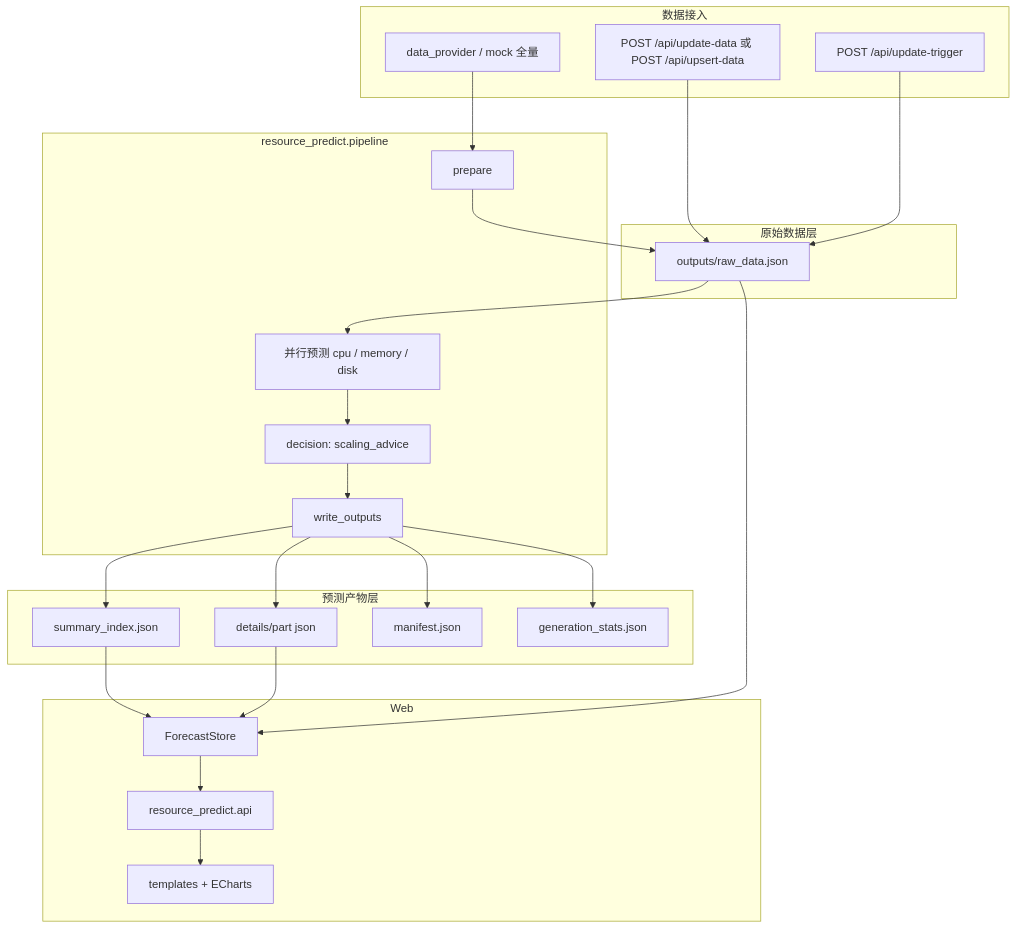
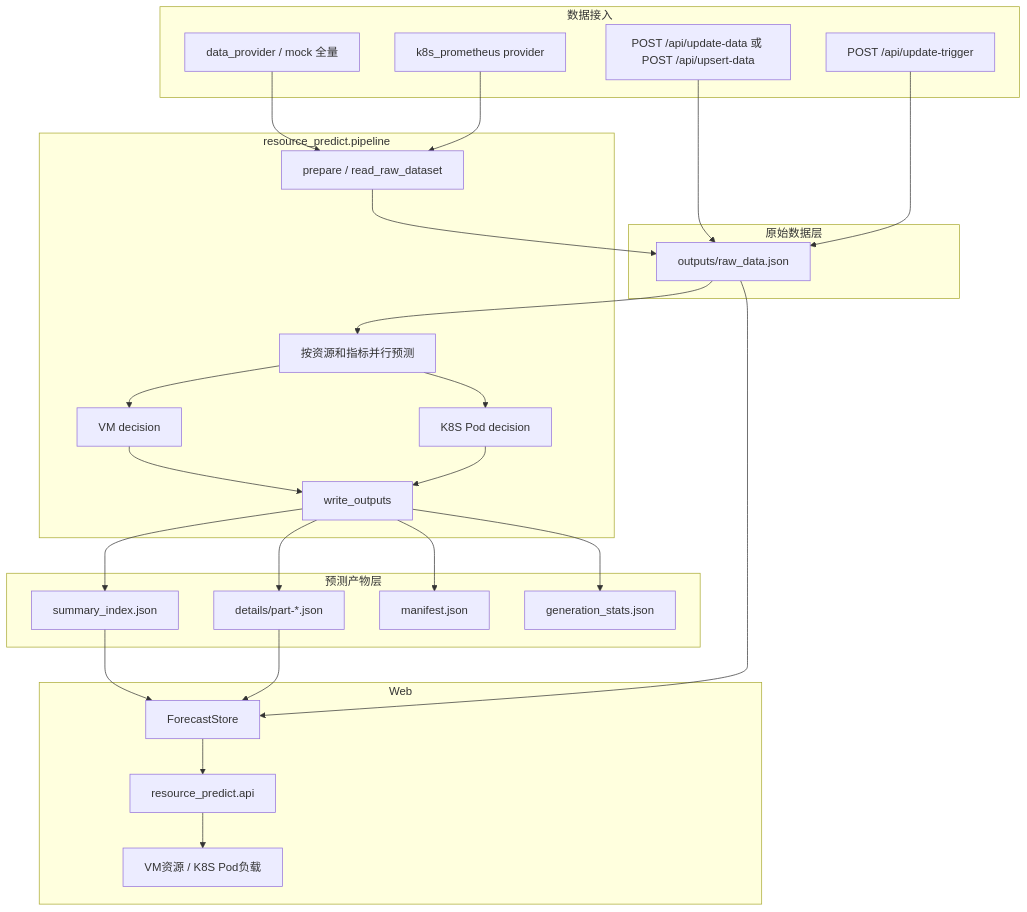
The first of 7 diagrams in README.md (zorocui/resource_predict), drawn with Mermaid before and after one commit. The commit also changed other lines of this file and 29 other files, not shown here.

````diff
--- a/README.md
+++ b/README.md
@@ -103,49 +144,54 @@
 ```mermaid
 flowchart TB
     subgraph ingest [数据接入]
         DP["data_provider / mock 全量"]
+        K8S["k8s_prometheus provider"]
         Push["POST /api/update-data 或 POST /api/upsert-data"]
         Pull["POST /api/update-trigger"]
     end
 
     subgraph store_raw [原始数据层]
         Raw["outputs/raw_data.json"]
     end
 
     subgraph pipeline [resource_predict.pipeline]
-        Prep["prepare"]
-        Pred["并行预测 cpu / memory / disk"]
-        Dec["decision: scaling_advice"]
+        Prep["prepare / read_raw_dataset"]
+        Pred["按资源和指标并行预测"]
+        DecVM["VM decision"]
+        DecPod["K8S Pod decision"]
         WOut["write_outputs"]
     end
 
     subgraph store_out [预测产物层]
         Sum["summary_index.json"]
-        Det["details/part json"]
+        Det["details/part-*.json"]
         Man["manifest.json"]
         Stats["generation_stats.json"]
     end
 
     subgraph web [Web]
         API["resource_predict.api"]
         FS["ForecastStore"]
-        UI["templates + ECharts"]
+        UI["VM资源 / K8S Pod负载"]
     end
 
     DP --> Prep
-    Prep --> Raw
+    K8S --> Prep
     Push --> Raw
     Pull --> Raw
+    Prep --> Raw
     Raw --> Pred
-    Pred --> Dec
-    Dec --> WOut
+    Pred --> DecVM
+    Pred --> DecPod
+    DecVM --> WOut
+    DecPod --> WOut
     WOut --> Sum
     WOut --> Det
     WOut --> Man
     WOut --> Stats
     Sum --> FS
     Det --> FS
     Raw --> FS
     FS --> API
     API --> UI
 ```
````
